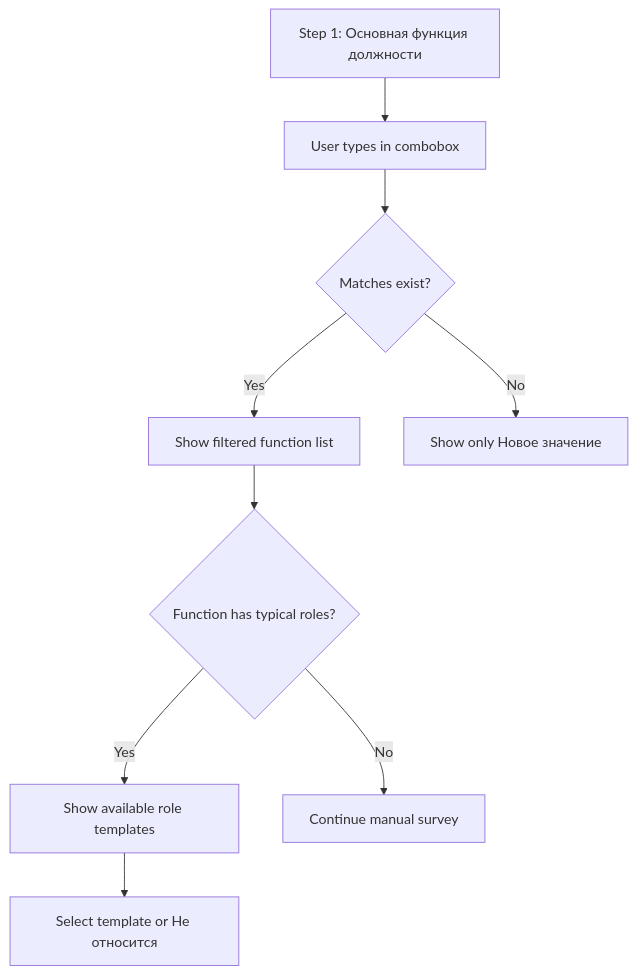
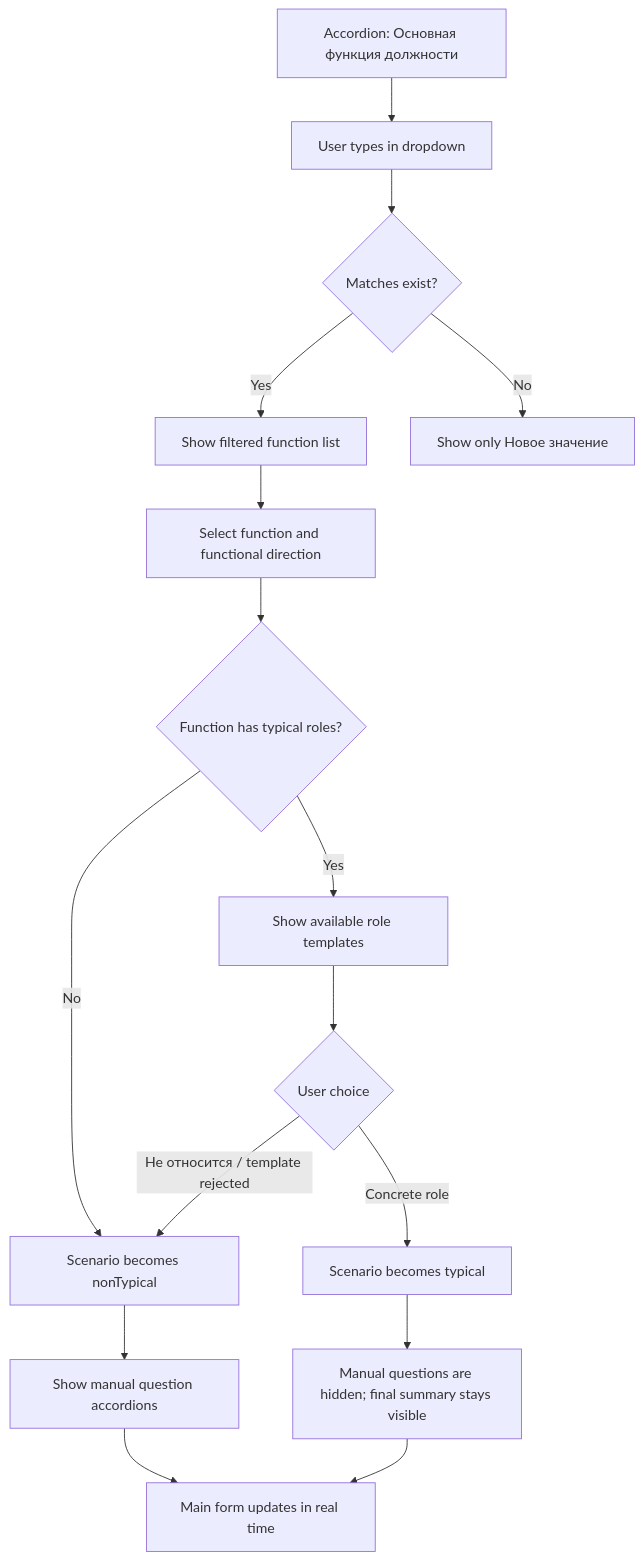
Before and after one commit to Anton-Sukhankin/HR-Profiling-Block: the third of 7 diagrams in docs/components/profile-survey/user-flows.md, drawn with Mermaid. The commit also changed other lines of this file and 14 other files, not shown here.

````diff
--- a/docs/components/profile-survey/user-flows.md
+++ b/docs/components/profile-survey/user-flows.md
@@ -25,11 +25,18 @@
 ```mermaid
 flowchart TD
-  A["Step 1: Основная функция должности"] --> B["User types in combobox"]
+  A["Accordion: Основная функция должности"] --> B["User types in dropdown"]
   B --> C{"Matches exist?"}
   C -->|Yes| D["Show filtered function list"]
   C -->|No| E["Show only Новое значение"]
-  D --> F{"Function has typical roles?"}
-  F -->|Yes| G["Show available role templates"]
-  F -->|No| H["Continue manual survey"]
-  G --> I["Select template or Не относится"]
+  D --> F["Select function and functional direction"]
+  F --> G{"Function has typical roles?"}
+  G -->|No| H["Scenario becomes nonTypical"]
+  H --> I["Show manual question accordions"]
+  G -->|Yes| J["Show available role templates"]
+  J --> K{"User choice"}
+  K -->|Concrete role| L["Scenario becomes typical"]
+  L --> M["Manual questions are hidden; final summary stays visible"]
+  K -->|Не относится / template rejected| H
+  I --> N["Main form updates in real time"]
+  M --> N
 ```
````
